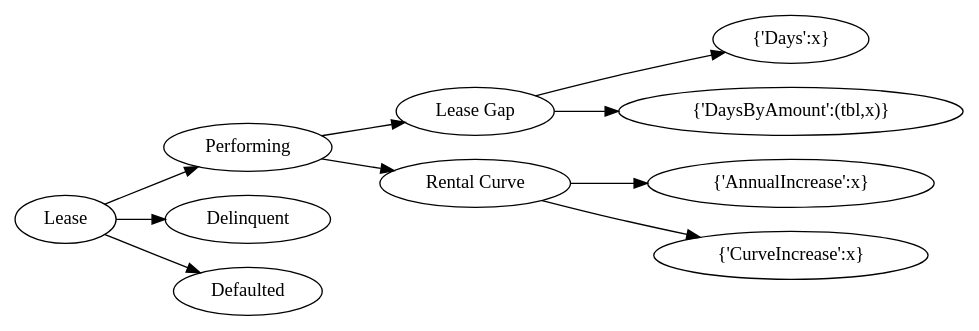
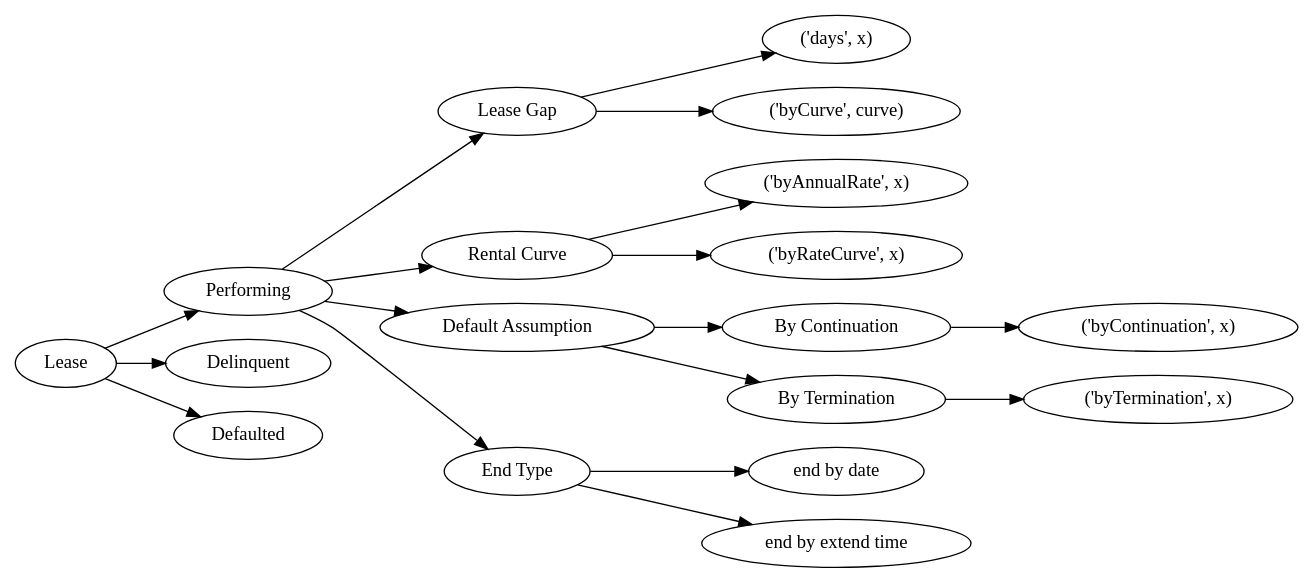
One commit to yellowbean/AbsBox changed the sixth of 11 diagrams in docs/source/analytics.rst. Above: the diagram before and after it, drawn with Graphviz. The commit also changed other lines of this file and 4 other files, not shown here.

```diff
--- a/docs/source/analytics.rst
+++ b/docs/source/analytics.rst
@@ -452,18 +477,26 @@
 .. graphviz::
     :name: sphinx.ext.graphviz
     :caption: lease-assumption
     :alt: lease-assumption
     :align: center
     
     digraph {
         rankdir = LR
         Lease -> Performing
         Lease -> Delinquent
         Lease -> Defaulted
         Performing -> "Lease Gap"
         Performing -> "Rental Curve"
-        "Lease Gap" -> "{'Days':x}"
-        "Lease Gap" -> "{'DaysByAmount':(tbl,x)}"
-        "Rental Curve" -> "{'AnnualIncrease':x}"
-        "Rental Curve" -> "{'CurveIncrease':x}"
+        Performing -> "Default Assumption"
+        Performing -> "End Type"
+        "Default Assumption" -> "By Continuation"
+        "By Continuation" -> "('byContinuation', x)"
+        "Default Assumption" -> "By Termination"
+        "By Termination" -> "('byTermination', x)"
+        "Lease Gap" -> "('days', x)"
+        "Lease Gap" -> "('byCurve', curve)"
+        "Rental Curve" -> "('byAnnualRate', x)"
+        "Rental Curve" -> "('byRateCurve', x)"
+        "End Type" -> "end by date"
+        "End Type" -> "end by extend time"
     }
```
